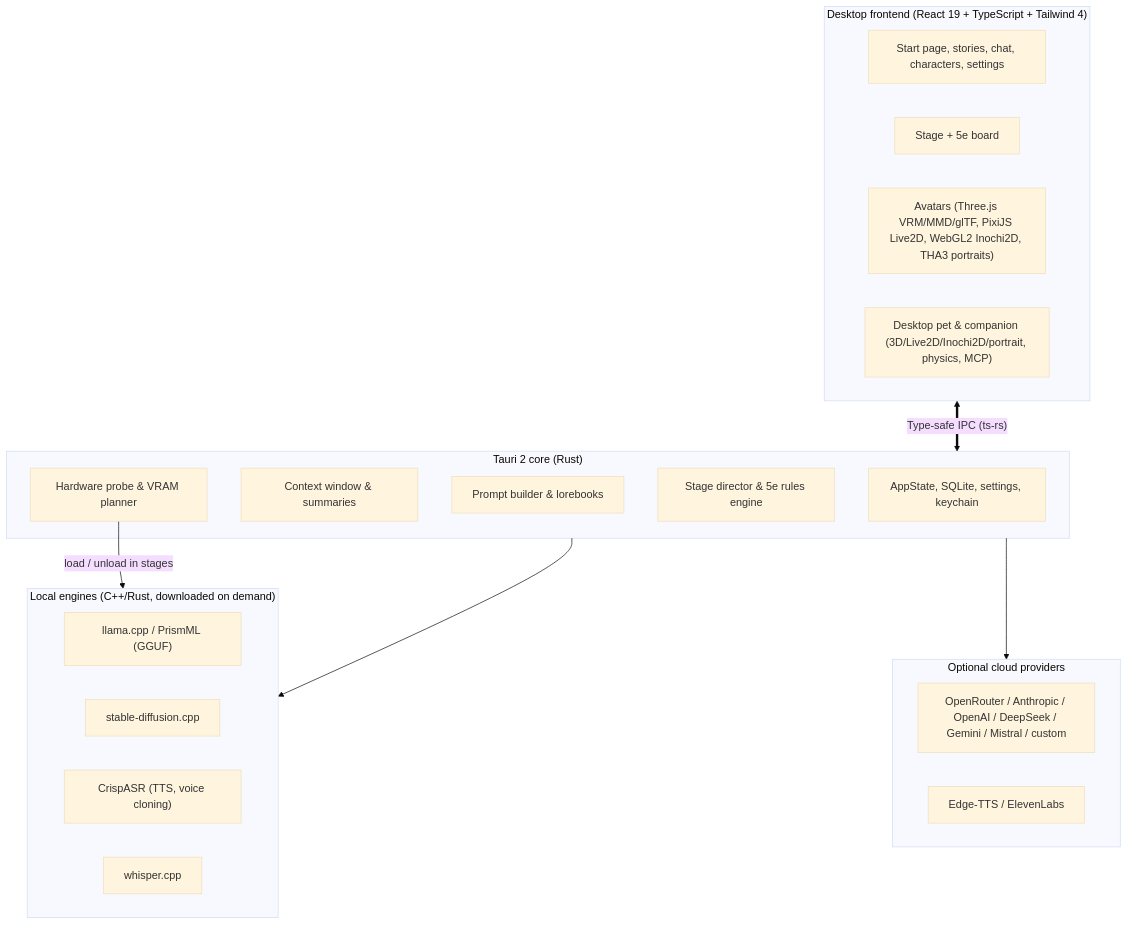
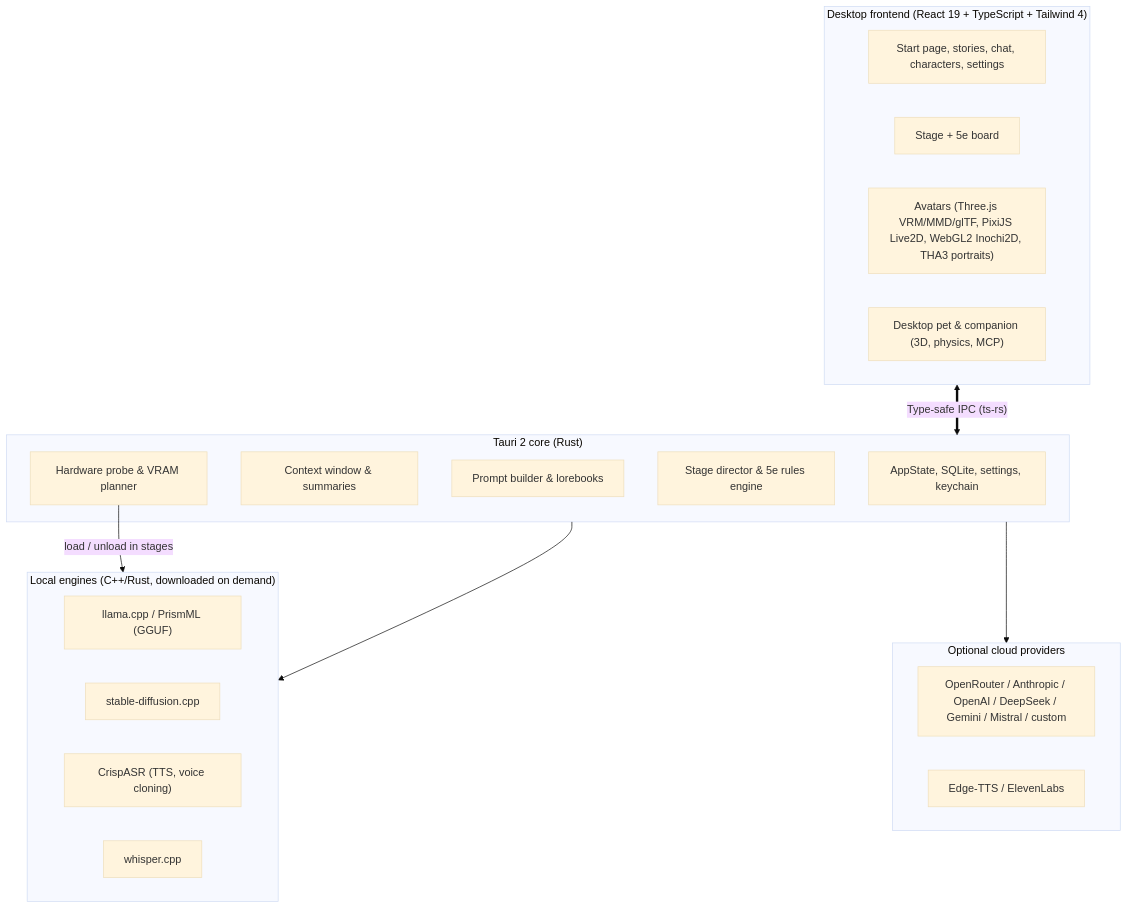
Before and after one commit to SnowwhiteOakheart/OtakuSoul: the first of 2 diagrams in README.md, drawn with Mermaid (base theme). The commit also changed other lines of this file and 28 other files, not shown here.

First line of the commit message:
feat(pet): Desktop-Pet nur noch mit echten 3D-Avataren

````diff
--- a/README.md
+++ b/README.md
@@ -220,34 +220,34 @@
 ```mermaid
 flowchart TD
     subgraph Frontend["Desktop frontend (React 19 + TypeScript + Tailwind 4)"]
         UI["Start page, stories, chat, characters, settings"]
         StageUI["Stage + 5e board"]
         AvatarUI["Avatars (Three.js VRM/MMD/glTF, PixiJS Live2D, WebGL2 Inochi2D, THA3 portraits)"]
-        CompanionUI["Desktop pet & companion (3D/Live2D/Inochi2D/portrait, physics, MCP)"]
+        CompanionUI["Desktop pet & companion (3D, physics, MCP)"]
     end
 
     subgraph TauriCore["Tauri 2 core (Rust)"]
         State["AppState, SQLite, settings, keychain"]
         ContextMgr["Context window & summaries"]
         PromptBuilder["Prompt builder & lorebooks"]
         Rules["Stage director & 5e rules engine"]
         HardwareSched["Hardware probe & VRAM planner"]
     end
 
     subgraph LocalEngines["Local engines (C++/Rust, downloaded on demand)"]
         Llama["llama.cpp / PrismML (GGUF)"]
         SD["stable-diffusion.cpp"]
         Crisp["CrispASR (TTS, voice cloning)"]
         Whisper["whisper.cpp"]
     end
 
     subgraph Cloud["Optional cloud providers"]
         CloudLLM["OpenRouter / Anthropic / OpenAI / DeepSeek / Gemini / Mistral / custom"]
         CloudTTS["Edge-TTS / ElevenLabs"]
     end
 
     Frontend <==>|"Type-safe IPC (ts-rs)"| TauriCore
     HardwareSched -->|"load / unload in stages"| LocalEngines
     TauriCore --> LocalEngines
     TauriCore --> Cloud
 ```
````
